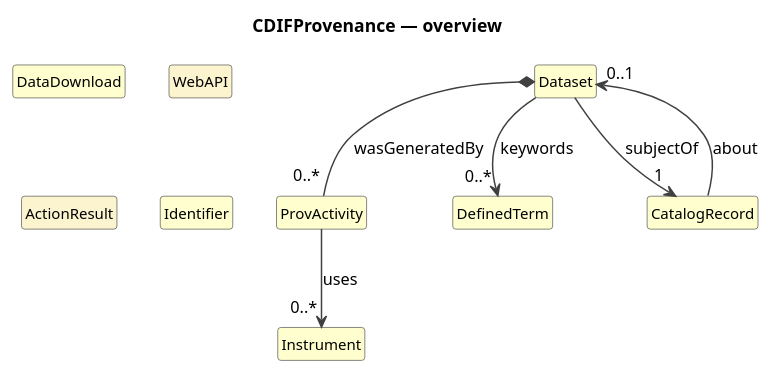
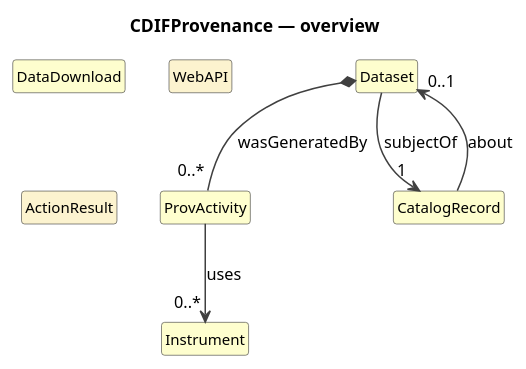
The diagram in cdif-uml-model/CDIFProvenance/index.local.pu (Cross-Domain-Interoperability-Framework/metadataBuildingBlocks), drawn with PlantUML before and after one commit. The commit also changed 466 other files, not shown here.

First line of the commit message:
cdif-uml-model: regen for cdifDiscovery split (module + composites)

```diff
--- a/cdif-uml-model/CDIFProvenance/index.local.pu
+++ b/cdif-uml-model/CDIFProvenance/index.local.pu
@@ -1,28 +1,25 @@
 @startuml
 title CDIFProvenance — overview
 hide circle
 hide empty members
 skinparam shadowing false
 skinparam ArrowThickness 1.2
 skinparam class {
   ArrowColor #404040
   BorderColor #404040
   FontSize 12
 }
 
 class "ProvActivity" as ProvActivity #FEFECE
 class "Instrument" as Instrument #FEFECE
 class "Dataset" as Dataset #FEFECE
 class "DataDownload" as DataDownload #FEFECE
 class "WebAPI" as WebAPI #FCF3CF
 class "ActionResult" as ActionResult #FCF3CF
-class "DefinedTerm" as DefinedTerm #FEFECE
-class "Identifier" as Identifier #FEFECE
 class "CatalogRecord" as CatalogRecord #FEFECE
 ProvActivity --> "0..*" Instrument : uses
 Dataset *-- "0..*" ProvActivity : wasGeneratedBy
 Dataset --> "1" CatalogRecord : subjectOf
-Dataset --> "0..*" DefinedTerm : keywords
 CatalogRecord --> "0..1" Dataset : about
 
 @enduml
```
